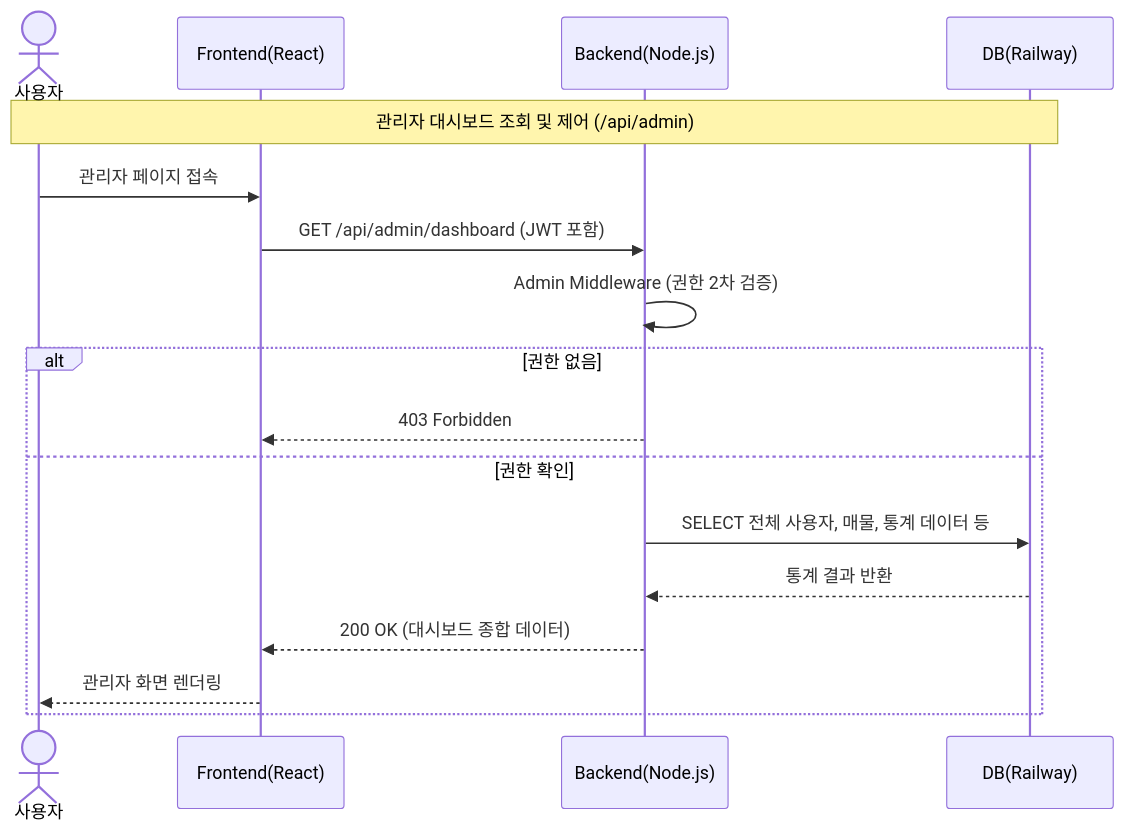
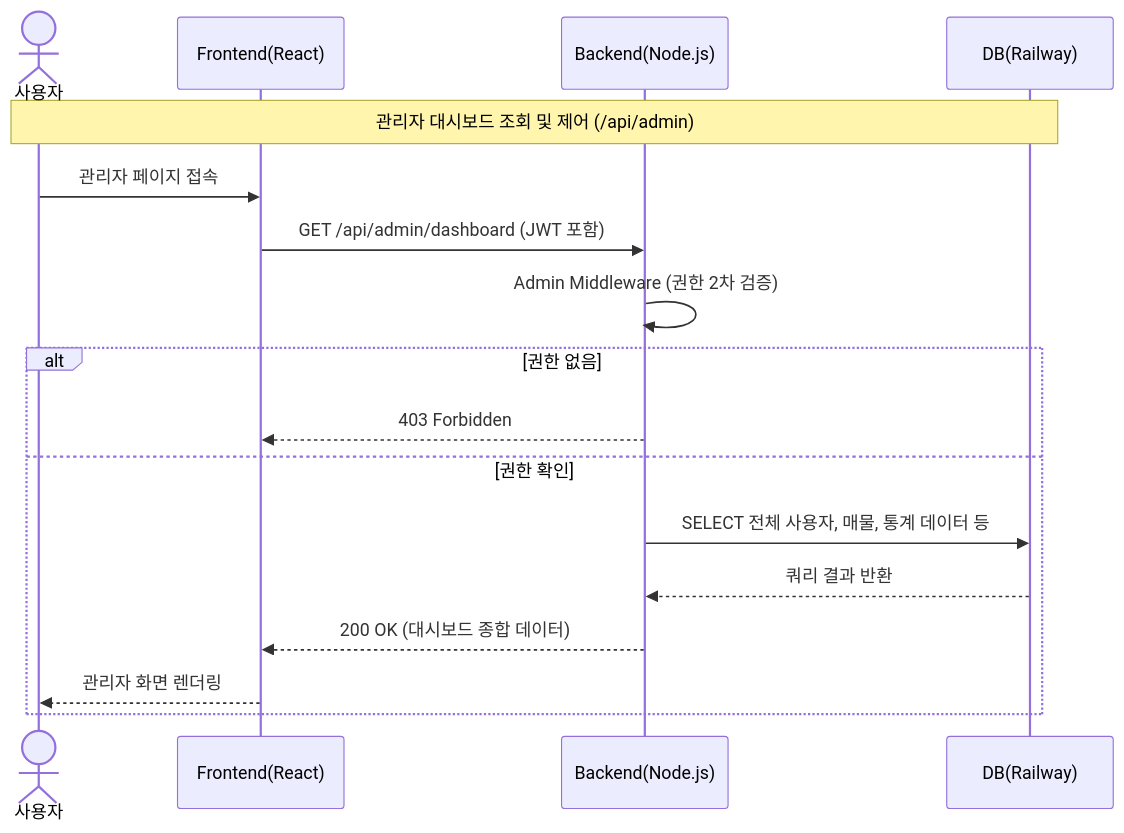
Before and after one commit to gomsaygom/jjab-bang: the eighth of 8 diagrams in report.md, drawn with Mermaid. The commit also changed other lines of this file, not shown here.

Commit message:
feat : 시퀀스 다이어그램 내용 수정

````diff
--- a/report.md
+++ b/report.md
@@ -229,22 +229,22 @@
 ``` mermaid
 sequenceDiagram
 actor U as 사용자
     participant F as Frontend(React)
     participant B as Backend(Node.js)
     participant D as DB(Railway)
 
 Note over U, D: 관리자 대시보드 조회 및 제어 (/api/admin)
     U->>F: 관리자 페이지 접속
     F->>B: GET /api/admin/dashboard (JWT 포함)
     B->>B: Admin Middleware (권한 2차 검증)
     
     alt 권한 없음
         B-->>F: 403 Forbidden
     else 권한 확인
         B->>D: SELECT 전체 사용자, 매물, 통계 데이터 등
-        D-->>B: 통계 결과 반환
+        D-->>B: 쿼리 결과 반환
         B-->>F: 200 OK (대시보드 종합 데이터)
         F-->>U: 관리자 화면 렌더링
     end
 
 ```
````
